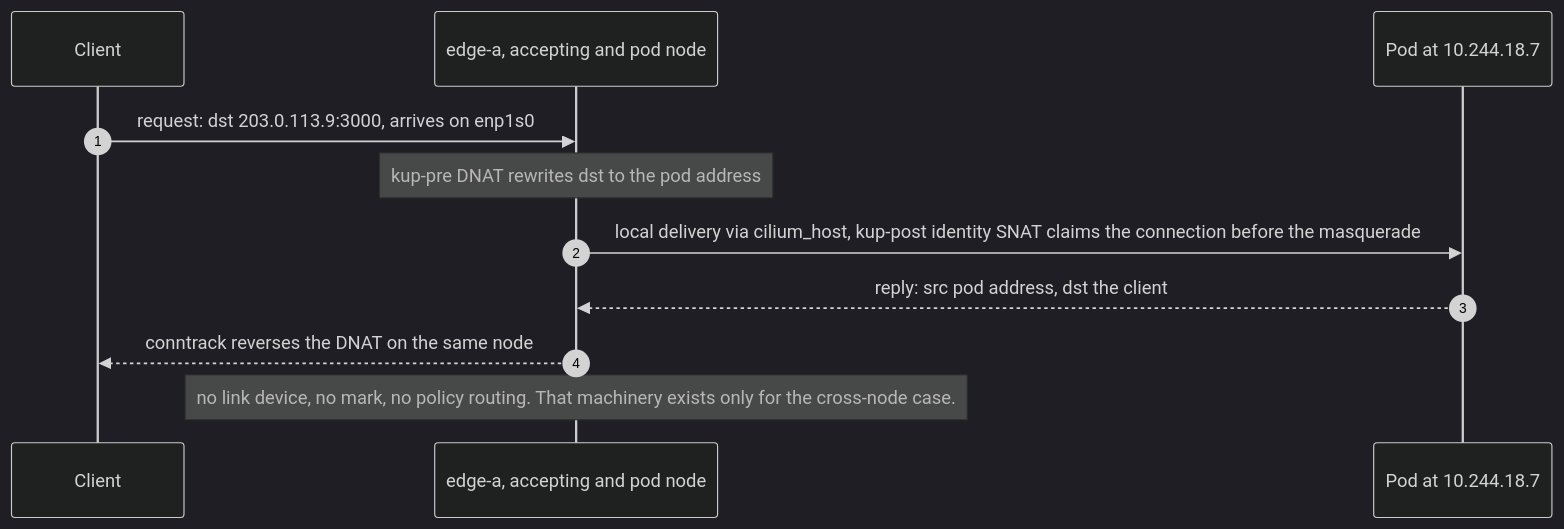
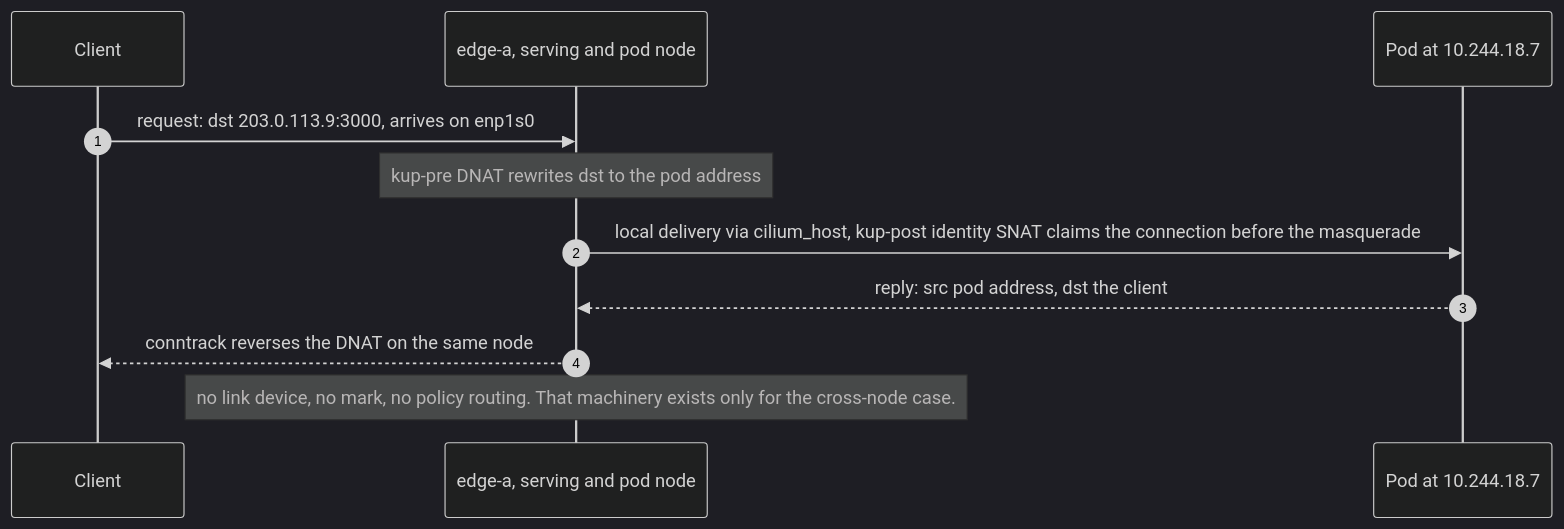
Before and after one commit to walzen-group/kuport: the fourth of 5 diagrams in docs/spec.md, drawn with Mermaid (dark theme). The commit also changed other lines of this file and 7 other files, not shown here.

````diff
--- a/docs/spec.md
+++ b/docs/spec.md
@@ -383,13 +408,13 @@
 ```mermaid
 sequenceDiagram
     autonumber
     participant C as Client
-    participant N as edge-a, accepting and pod node
+    participant N as edge-a, serving and pod node
     participant P as Pod at 10.244.18.7
     C->>N: request: dst 203.0.113.9:3000, arrives on enp1s0
     Note over N: kup-pre DNAT rewrites dst to the pod address
     N->>P: local delivery via cilium_host, kup-post identity SNAT claims the connection before the masquerade
     P-->>N: reply: src pod address, dst the client
     N-->>C: conntrack reverses the DNAT on the same node
     Note over N: no link device, no mark, no policy routing. That machinery exists only for the cross-node case.
 ```
````
